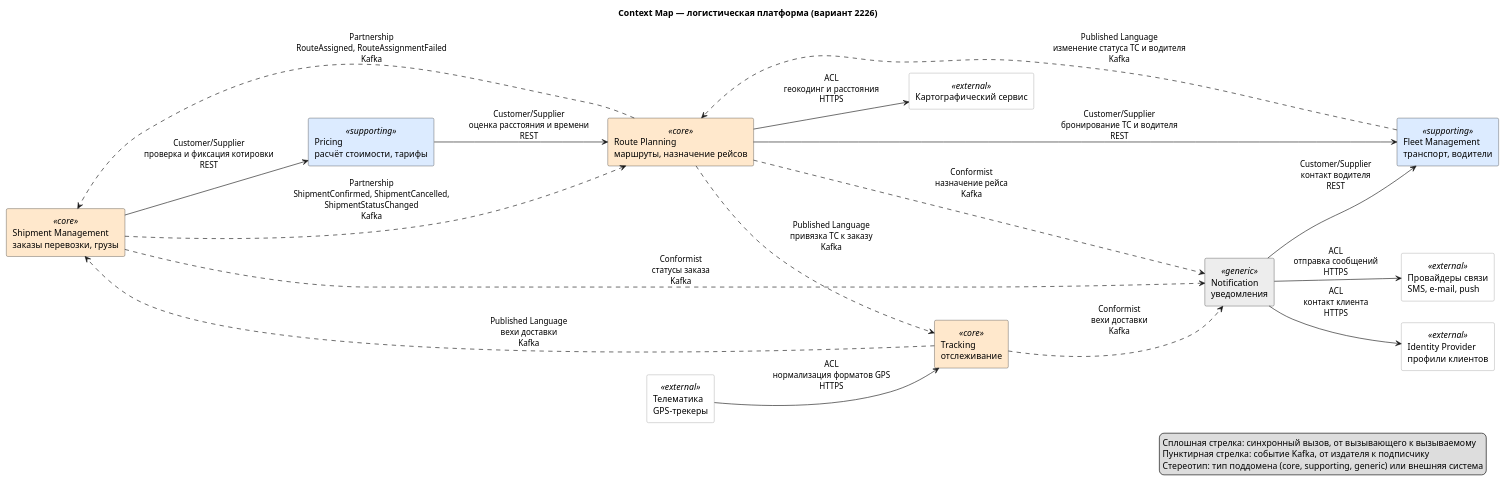
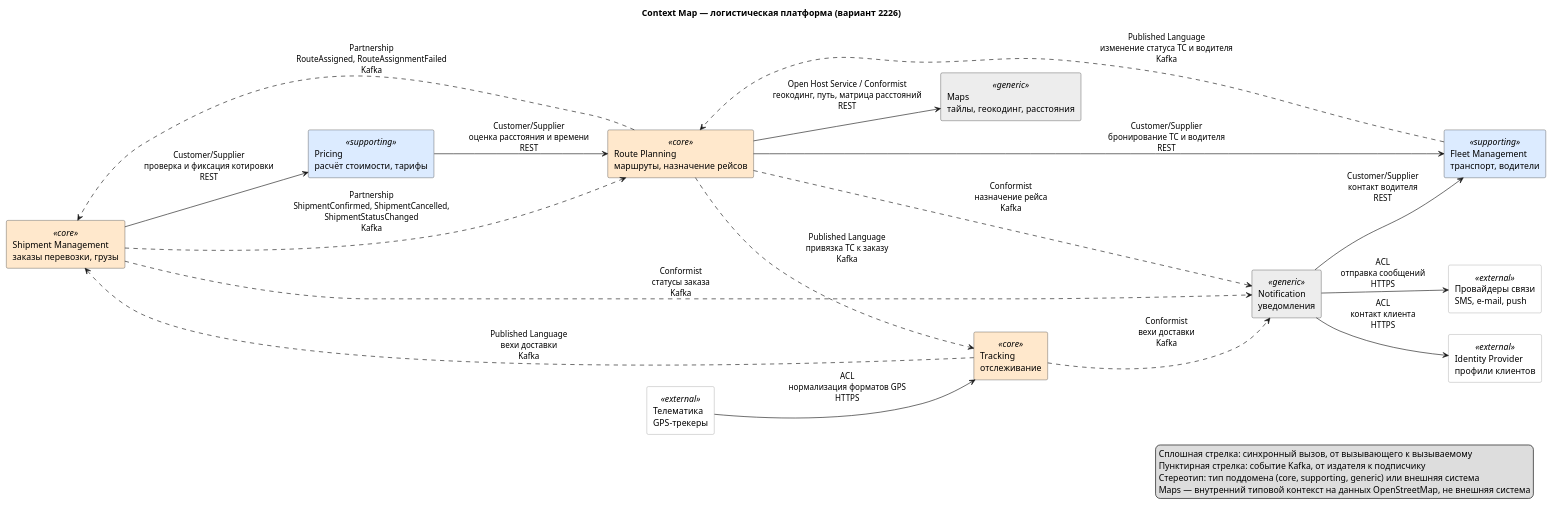
Before and after one commit to Yagiar/MicroservicesItmo: the diagram in 1_lab/diagrams/context-map.puml, drawn with PlantUML. The commit also changed 18 other files, not shown here.

First line of the commit message:
Add C4 container diagrams for notification, orders, and tracking services; update existing diagrams and service documentation

```diff
--- a/1_lab/diagrams/context-map.puml
+++ b/1_lab/diagrams/context-map.puml
@@ -1,55 +1,56 @@
 @startuml context-map
 
 title Context Map — логистическая платформа (вариант 2226)
 
 left to right direction
 skinparam shadowing false
 skinparam rectangle {
   BackgroundColor<<core>> #FFE8CC
   BackgroundColor<<supporting>> #DCEBFF
   BackgroundColor<<generic>> #EDEDED
   BackgroundColor<<external>> #FFFFFF
   BorderColor<<external>> #888888
 }
 
 rectangle "Shipment Management\nзаказы перевозки, грузы" as shipment <<core>>
 rectangle "Route Planning\nмаршруты, назначение рейсов" as route <<core>>
 rectangle "Tracking\nотслеживание" as tracking <<core>>
 rectangle "Pricing\nрасчёт стоимости, тарифы" as pricing <<supporting>>
 rectangle "Fleet Management\nтранспорт, водители" as fleet <<supporting>>
 rectangle "Notification\nуведомления" as notification <<generic>>
+rectangle "Maps\nтайлы, геокодинг, расстояния" as maps <<generic>>
 
 rectangle "Телематика\nGPS-трекеры" as telematics <<external>>
-rectangle "Картографический сервис" as maps <<external>>
 rectangle "Провайдеры связи\nSMS, e-mail, push" as comms <<external>>
 rectangle "Identity Provider\nпрофили клиентов" as idp <<external>>
 
 ' Синхронные вызовы
 shipment --> pricing : Customer/Supplier\nпроверка и фиксация котировки\nREST
 pricing --> route : Customer/Supplier\nоценка расстояния и времени\nREST
 route --> fleet : Customer/Supplier\nбронирование ТС и водителя\nREST
+route --> maps : Open Host Service / Conformist\nгеокодинг, путь, матрица расстояний\nREST
 notification --> fleet : Customer/Supplier\nконтакт водителя\nREST
 
 ' События
 shipment ..> route : Partnership\nShipmentConfirmed, ShipmentCancelled,\nShipmentStatusChanged\nKafka
 route ..> shipment : Partnership\nRouteAssigned, RouteAssignmentFailed\nKafka
 fleet ..> route : Published Language\nизменение статуса ТС и водителя\nKafka
 route ..> tracking : Published Language\nпривязка ТС к заказу\nKafka
 tracking ..> shipment : Published Language\nвехи доставки\nKafka
 shipment ..> notification : Conformist\nстатусы заказа\nKafka
 route ..> notification : Conformist\nназначение рейса\nKafka
 tracking ..> notification : Conformist\nвехи доставки\nKafka
 
 ' Внешние системы
 telematics --> tracking : ACL\nнормализация форматов GPS\nHTTPS
-route --> maps : ACL\nгеокодинг и расстояния\nHTTPS
 notification --> comms : ACL\nотправка сообщений\nHTTPS
 notification --> idp : ACL\nконтакт клиента\nHTTPS
 
 legend right
   Сплошная стрелка: синхронный вызов, от вызывающего к вызываемому
   Пунктирная стрелка: событие Kafka, от издателя к подписчику
   Стереотип: тип поддомена (core, supporting, generic) или внешняя система
+  Maps — внутренний типовой контекст на данных OpenStreetMap, не внешняя система
 endlegend
 
 @enduml
```
